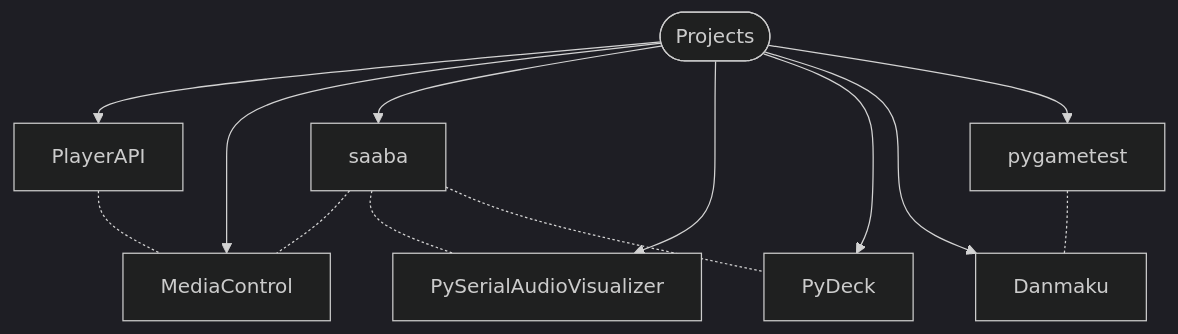
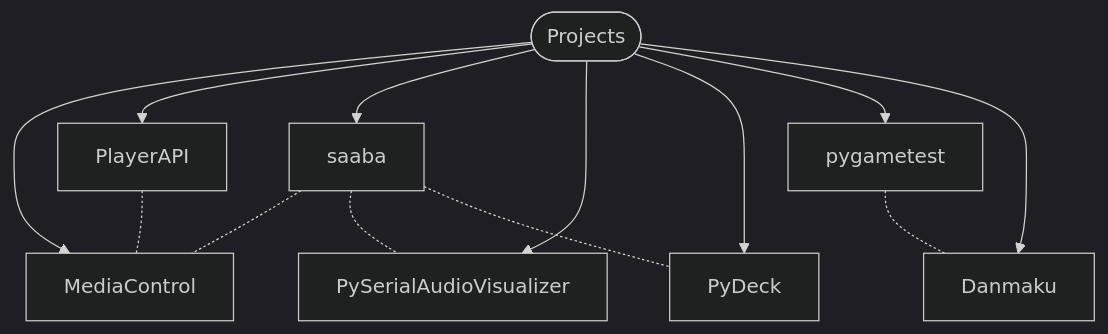
One commit to virashu/virashu changed the diagram in projects.md. Above: the diagram before and after it, drawn with Mermaid (dark theme).

````diff
--- a/projects.md
+++ b/projects.md
@@ -9,36 +9,36 @@
 ```mermaid
 flowchart
   base(["Projects"])
 
 	player_api["PlayerAPI"]
 	media_control["MediaControl"]
   audio_vis["PySerialAudioVisualizer"]
   saaba["saaba"]
   pydeck["PyDeck"]
 
 	v_game["pygametest"]
 	danmaku["Danmaku"]
 
-  click media_control "https://github.com/virashu/media_control"
-  click audio_vis "https://github.com/virashu/PySerialAudioVisualizer"
-  click saaba "https://github.com/virashu/saaba"
-  click pydeck "https://github.com/virashu/pydeck"
-  click v_game "https://github.com/virashu/pygametest"
-  click danmaku "https://github.com/virashu/Danmaku"
+  click media_control href "https://github.com/virashu/media_control"
+  click audio_vis href "https://github.com/virashu/PySerialAudioVisualizer"
+  click saaba href "https://github.com/virashu/saaba"
+  click pydeck href "https://github.com/virashu/pydeck"
+  click v_game href "https://github.com/virashu/pygametest"
+  click danmaku href "https://github.com/virashu/Danmaku"
 
+	base --> media_control
 	base --> player_api
-	base --> media_control
   base --> saaba
   base --> audio_vis
   base --> pydeck
 
+	base --> v_game
 	base --> danmaku
-	base --> v_game
 
   v_game -.- danmaku
 	player_api -.- media_control
   saaba -.- media_control
   saaba -.- audio_vis
   saaba -.- pydeck
 
 ```
````
